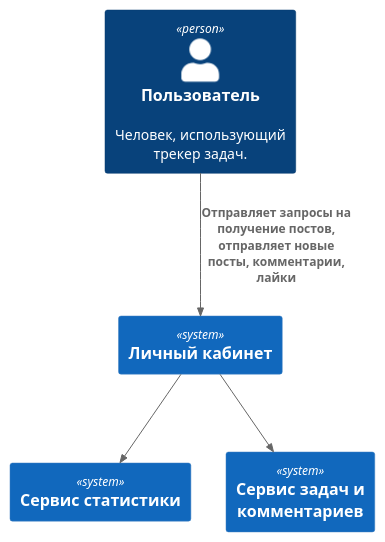
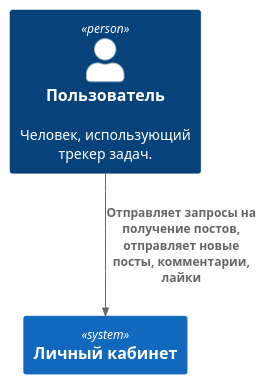
One commit to Dmitry909/task-tracker changed the diagram in doc/c4-context.puml. Above: the diagram before and after it, drawn with PlantUML.

Commit message:
Remove serviced from c4-context

```diff
--- a/doc/c4-context.puml
+++ b/doc/c4-context.puml
@@ -1,14 +1,10 @@
 @startuml C4 Context
 
 !include https://raw.githubusercontent.com/plantuml-stdlib/C4-PlantUML/latest/C4_Context.puml
 
 Person(user, "Пользователь", "Человек, использующий трекер задач.")
 System(lk, "Личный кабинет")
-System(statistics_service, "Сервис статистики")
-System(tasks_service, "Сервис задач и комментариев")
 
 Rel(user, lk, "Отправляет запросы на получение постов, отправляет новые посты, комментарии, лайки")
-Rel(lk, statistics_service, " ")
-Rel(lk, tasks_service, " ")
 
 @enduml
```
